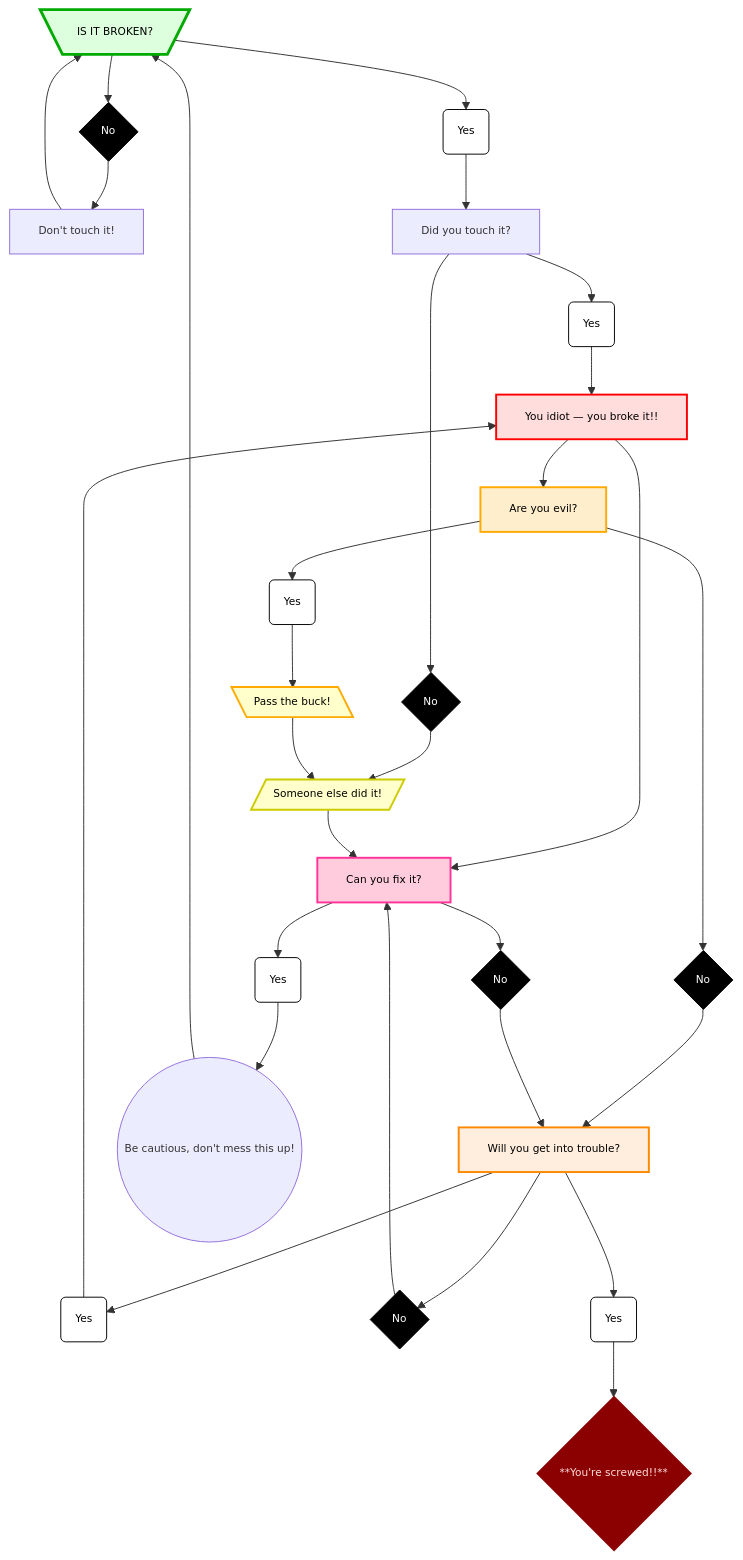
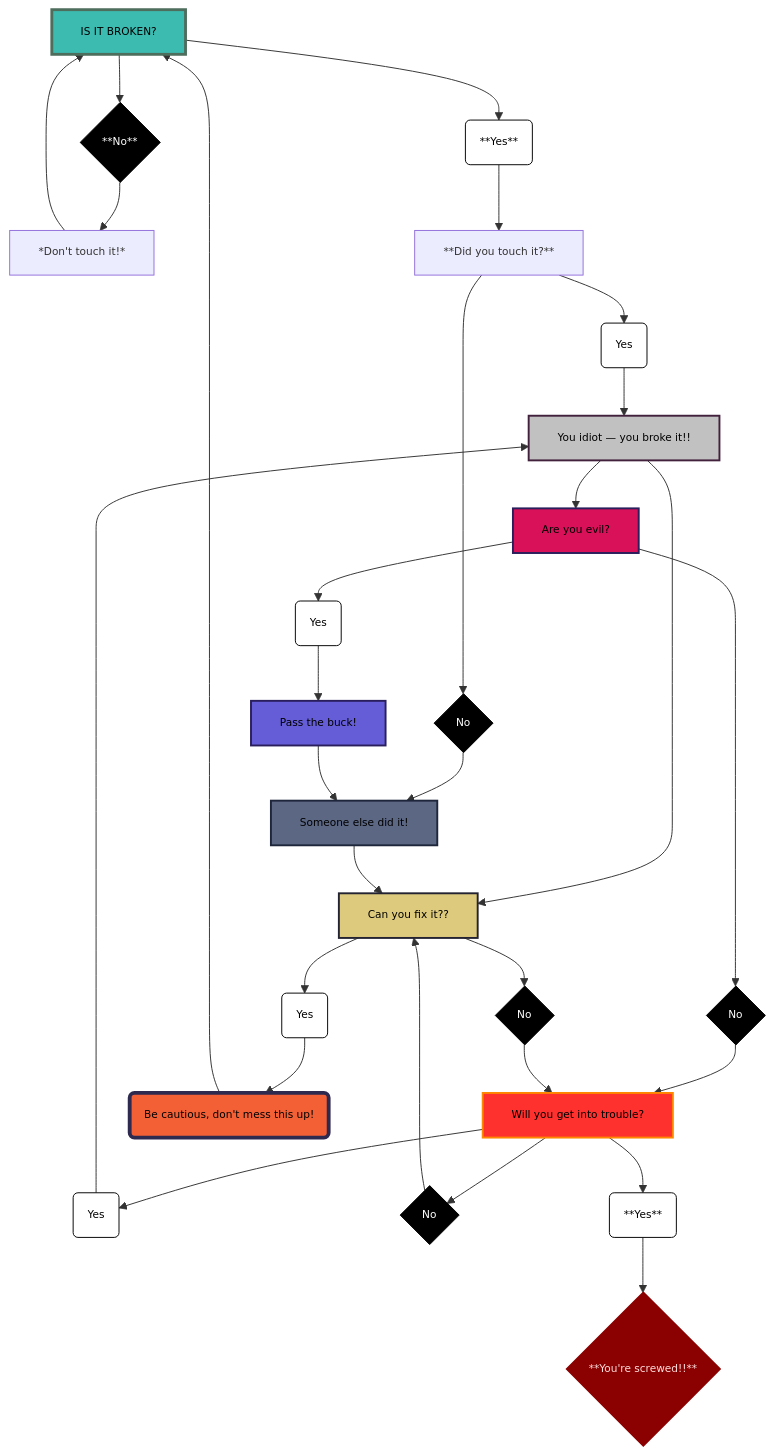
One commit to stu-clarke/stu-clarke changed the second of 2 diagrams in README.md. Above: the diagram before and after it, drawn with Mermaid. The commit also changed other lines of this file, not shown here.

````diff
--- a/README.md
+++ b/README.md
@@ -15,44 +21,45 @@
 ```mermaid
 %%{init: { 'themeVariables': { 'fontSize': '11px' } }}%%
 flowchart TD
-    A[\IS IT BROKEN?/] --> N1{No} --> B[Don't touch it!]
-    A --> Y1(Yes) --> C[Did you touch it?]
+    A[IS IT BROKEN?] --> N1{**No**} --> B[*Don't touch it!*]
+    A --> Y1(**Yes**) --> C[**Did you touch it?**]
     C --> Y2(Yes) --> D[You idiot — you broke it!!]
-    C --> N2{No} --> E[/Someone else did it!/]
+    C --> N2{No} --> E[Someone else did it!]
     D --> F[Are you evil?]
-    F --> Y3(Yes) --> G[\Pass the buck!\]
+    F --> Y3(Yes) --> G[Pass the buck!]
     F --> N3{No} --> I[Will you get into trouble?]
     H --> N5{No} --> I
-    H --> Y5(Yes) --> J((Be cautious, don't mess this up!))
+    H --> Y5(Yes) --> J(Be cautious, don't mess this up!)
     I --> Y4(Yes) --> D
-    I --> N4{No} --> H[Can you fix it?]
-    I --> Y6(Yes) --> K{**You're screwed!!**}
+    I --> N4{No} --> H[Can you fix it??]
+    I --> Y6(**Yes**) --> K{**You're screwed!!**}
 
     %% Wrap-up
     B --> A
     D --> H
     E --> H
     G --> E
     J --> A
 
     %% Styling for meme emphasis
-    style A fill:#ddffdd,stroke:#00aa00,stroke-width:3px,color:#000000
-    style D fill:#ffdddd,stroke:#ff0000,stroke-width:2px,color:#000000
-    style E fill:#ffffcc,stroke:#cccc00,stroke-width:2px,color:#000000
-    style F fill:#ffeecc,stroke:#ffaa00,stroke-width:2px,color:#000000
-    style G fill:#ffffcc,stroke:#ffaa00,stroke-width:2px,color:#000000
-    style I fill:#ffeedd,stroke:#ff8800,stroke-width:2px,color:#000000
-    style H fill:#ffccdd,stroke:#ff3399,stroke-width:2px,color:#000000
+    style A fill:#3CBBB1,stroke:#4E6E5D,stroke-width:3px,color:#000000
+    style D fill:#C2C1C2,stroke:#42213D,stroke-width:2px,color:#000000
+    style E fill:#5C6784,stroke:#1D263B,stroke-width:2px,color:#000000
+    style F fill:#D81159,stroke:#2A1E5C,stroke-width:2px,color:#000000
+    style G fill:#645DD7,stroke:#2A1E5C,stroke-width:2px,color:#000000
+    style H fill:#DDCA7D,stroke:#242331,stroke-width:2px,color:#000000
+    style I fill:#FF312E,stroke:#ff8800,stroke-width:2px,color:#000000
+    style J fill:#F46036,stroke:#2E294E,stroke-width:4px,color:#000000
     style K fill:#8b0000,stroke:#8b0000,stroke-width:2px,color:#ffdddd
     style Y1 fill:#ffffff,color:#000000,stroke-color:#ffffff,stroke:#000000
     style Y2 fill:#ffffff,color:#000000,stroke-color:#ffffff,stroke:#000000
     style Y3 fill:#ffffff,color:#000000,stroke-color:#ffffff,stroke:#000000
     style Y4 fill:#ffffff,color:#000000,stroke-color:#ffffff,stroke:#000000
     style Y5 fill:#ffffff,color:#000000,stroke-color:#ffffff,stroke:#000000
     style Y6 fill:#ffffff,color:#000000,stroke-color:#ffffff,stroke:#000000
     style N1 fill:#000000,color:#ffffff,stroke-color:#ffffff,stroke:#000000
     style N2 fill:#000000,color:#ffffff,stroke-color:#ffffff,stroke:#000000
     style N3 fill:#000000,color:#ffffff,stroke-color:#ffffff,stroke:#000000
     style N4 fill:#000000,color:#ffffff,stroke-color:#ffffff,stroke:#000000
     style N5 fill:#000000,color:#ffffff,stroke-color:#ffffff,stroke:#000000
 ```
````
